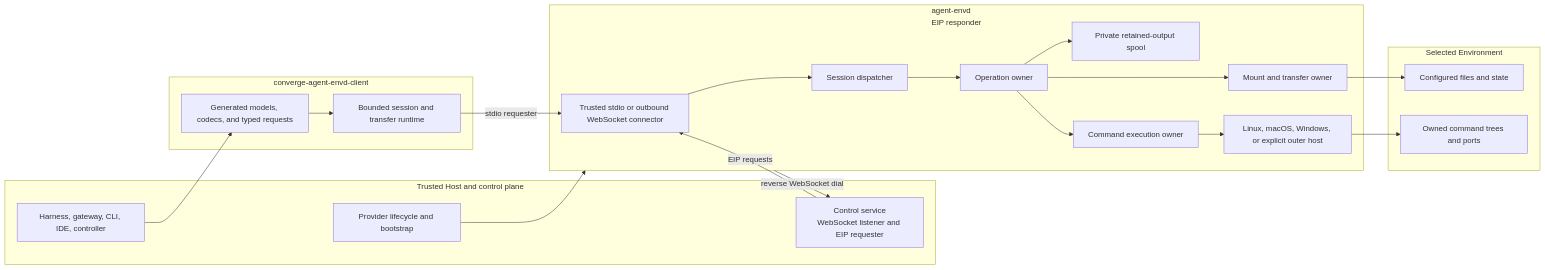
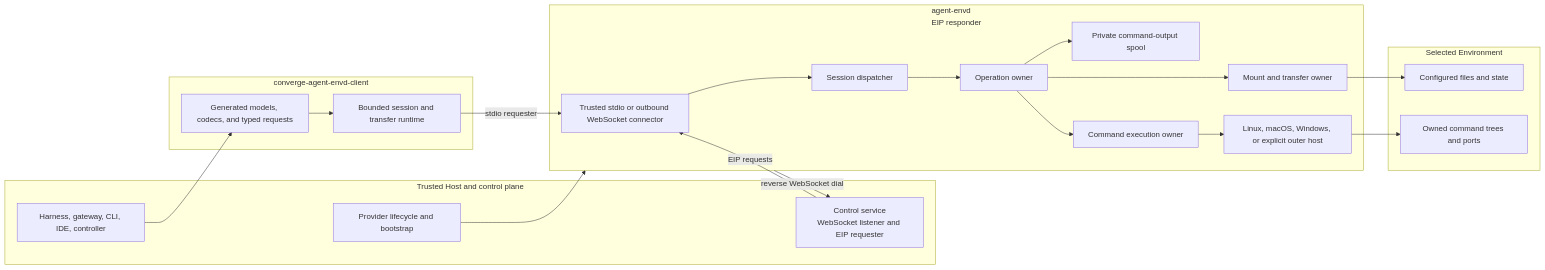
The first of 2 diagrams in spec/agent-envd/00-overview.md (LTThreeComma/agent-foundation), drawn with Mermaid before and after one commit. The commit also changed other lines of this file and 10 other files, not shown here.

````diff
--- a/spec/agent-envd/00-overview.md
+++ b/spec/agent-envd/00-overview.md
@@ -15,38 +15,38 @@
 ```mermaid
 flowchart LR
     subgraph Host[Trusted Host and control plane]
         Provider[Provider lifecycle and bootstrap]
         Consumers[Harness, gateway, CLI, IDE, controller]
         Control[Control service<br/>WebSocket listener and EIP requester]
     end
 
     subgraph Client[converge-agent-envd-client]
         Generated[Generated models, codecs, and typed requests]
         Runtime[Bounded session and transfer runtime]
     end
 
     subgraph Envd[agent-envd<br/>EIP responder]
         Connector[Trusted stdio or outbound WebSocket connector]
         Session[Session dispatcher]
         Operations[Operation owner]
         Resources[Mount and transfer owner]
-        Output[Private retained-output spool]
+        Output[Private command-output spool]
         Execution[Command execution owner]
         Isolation[Linux, macOS, Windows, or explicit outer host]
     end
 
     subgraph Native[Selected Environment]
         Files[Configured files and state]
         Processes[Owned command trees and ports]
     end
 
     Provider --> Envd
     Consumers --> Generated --> Runtime
     Runtime -->|stdio requester| Connector
     Envd -->|reverse WebSocket dial| Control
     Control -->|EIP requests| Connector
     Connector --> Session --> Operations
     Operations --> Resources & Output & Execution
     Resources --> Files
     Execution --> Isolation --> Processes
 ```
````
